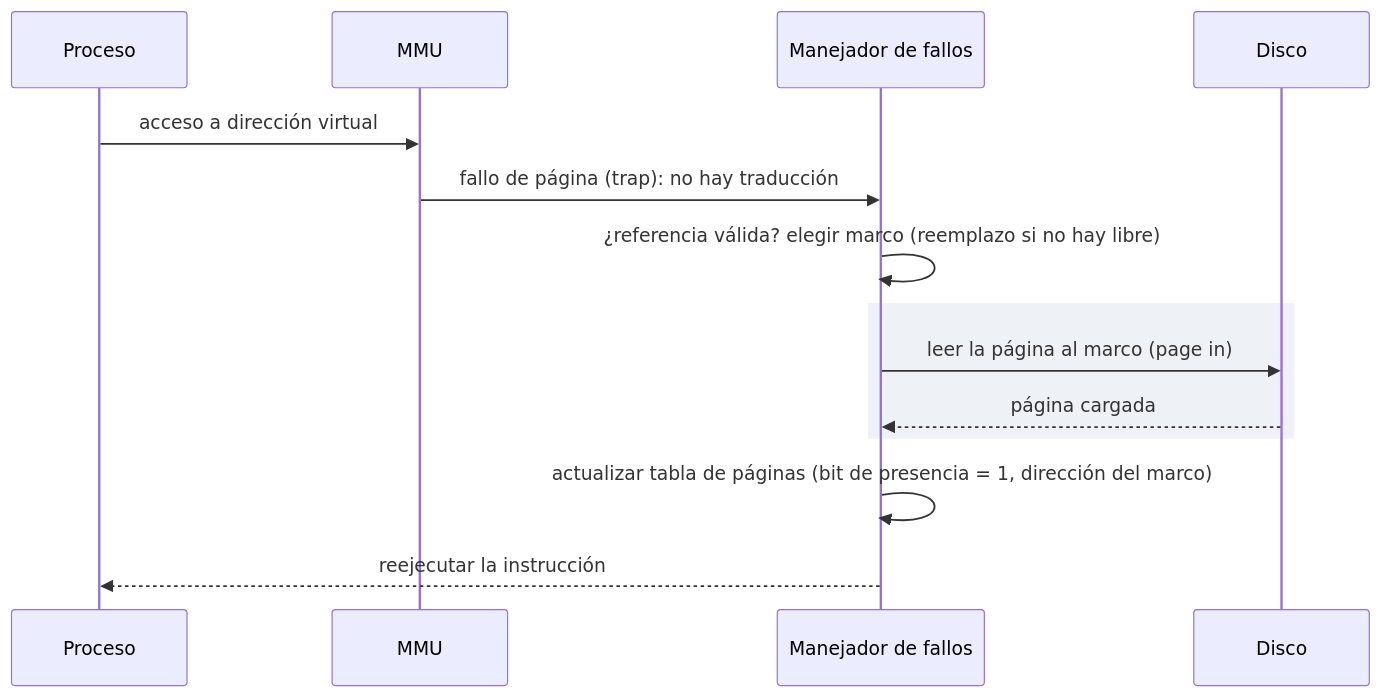
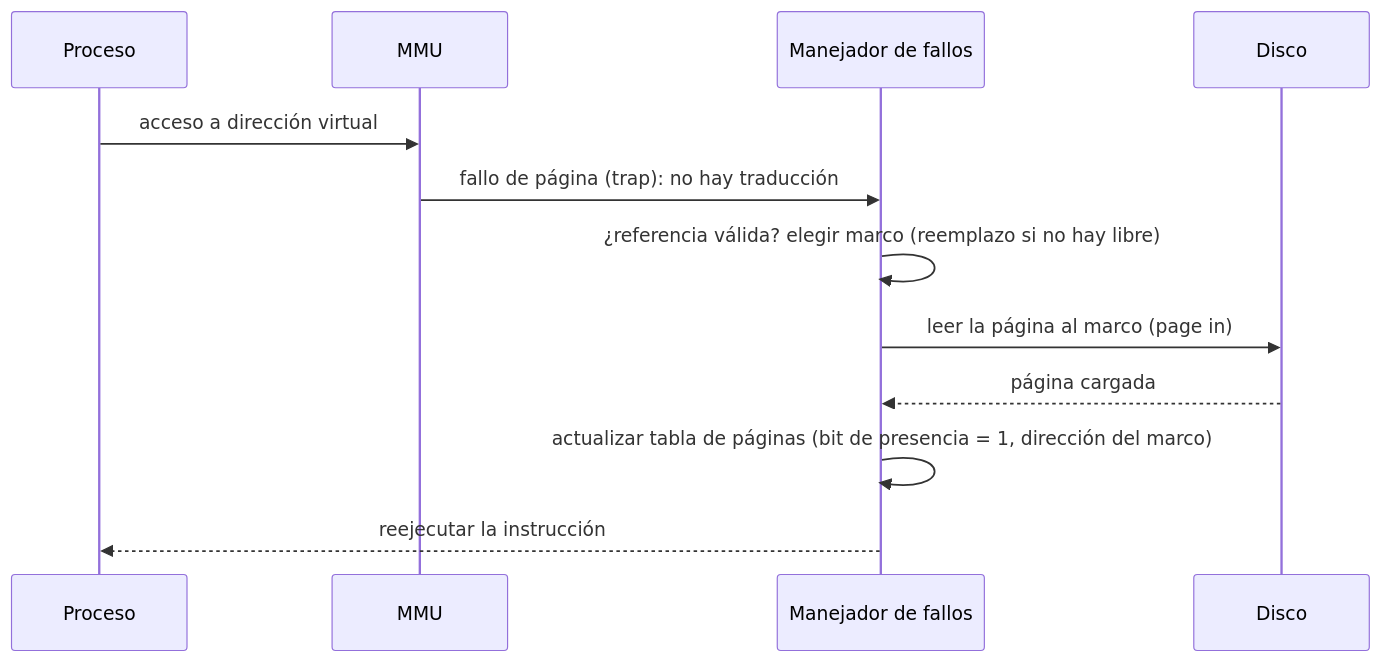
One commit to asiermarzo/ssoo changed the sixth of 7 diagrams in TEORIA/06-gestion-de-memoria/README.md. Above: the diagram before and after it, drawn with Mermaid. The commit also changed other lines of this file and 12 other files, not shown here.

Commit message:
ajuste subrects de mermaids

````diff
--- a/TEORIA/06-gestion-de-memoria/README.md
+++ b/TEORIA/06-gestion-de-memoria/README.md
@@ -482,16 +482,14 @@
 ```mermaid
 sequenceDiagram
     participant P as Proceso
     participant MMU as MMU
     participant SO as Manejador de fallos
     participant D as Disco
     P->>MMU: acceso a dirección virtual
     MMU->>SO: fallo de página (trap): no hay traducción
     SO->>SO: ¿referencia válida? elegir marco (reemplazo si no hay libre)
-    rect rgb(238, 242, 247)
     SO->>D: leer la página al marco (page in)
     D-->>SO: página cargada
-    end
     SO->>SO: actualizar tabla de páginas (bit de presencia = 1, dirección del marco)
     SO-->>P: reejecutar la instrucción
 ```
````
